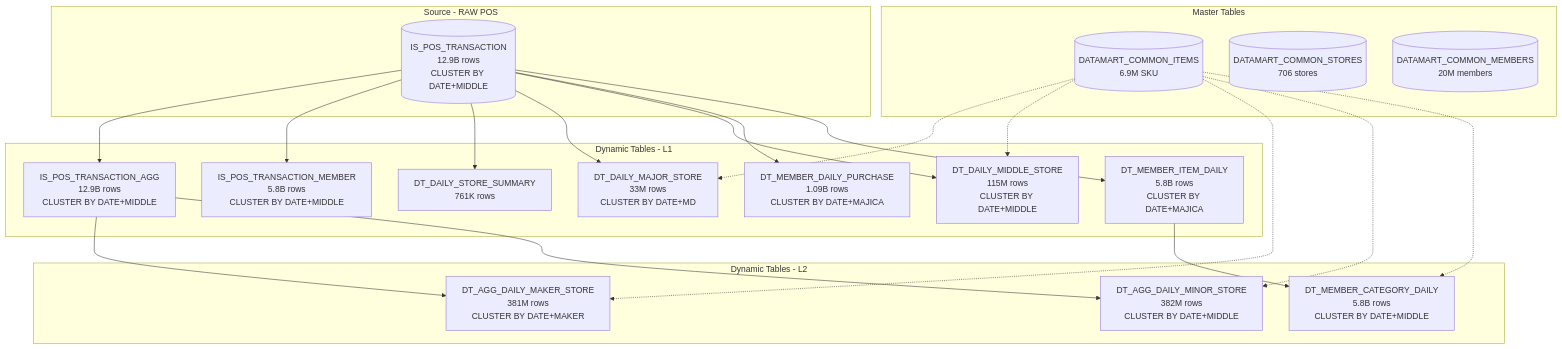
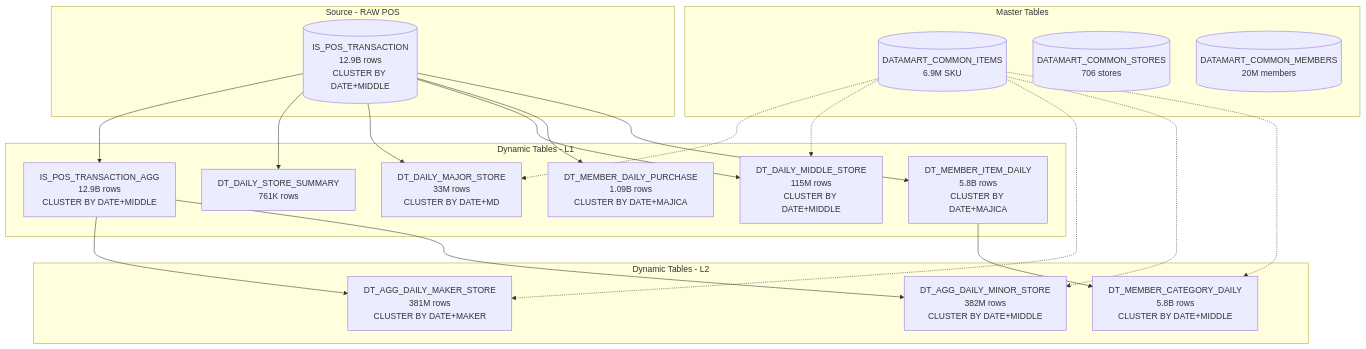
One commit to hwatari-snow/datacompass_pro changed the diagram in docs/data-summary.md. Above: the diagram before and after it, drawn with Mermaid. The commit also changed other lines of this file, not shown here.

First line of the commit message:
docs: update data-summary with 和洋日配 period verification, remove MEMBER table

````diff
--- a/docs/data-summary.md
+++ b/docs/data-summary.md
@@ -18,44 +18,42 @@
 ```mermaid
 flowchart TD
     subgraph master [Master Tables]
         ITEMS[(DATAMART_COMMON_ITEMS\n6.9M SKU)]
         STORES[(DATAMART_COMMON_STORES\n706 stores)]
         MEMBERS[(DATAMART_COMMON_MEMBERS\n20M members)]
     end
 
     subgraph raw [Source - RAW POS]
         FACT[(IS_POS_TRANSACTION\n12.9B rows\nCLUSTER BY DATE+MIDDLE)]
     end
 
     subgraph dtL1 [Dynamic Tables - L1]
         AGG[IS_POS_TRANSACTION_AGG\n12.9B rows\nCLUSTER BY DATE+MIDDLE]
-        MEMBER_RAW[IS_POS_TRANSACTION_MEMBER\n5.8B rows\nCLUSTER BY DATE+MIDDLE]
         DT_STORE[DT_DAILY_STORE_SUMMARY\n761K rows]
         DT_MAJOR[DT_DAILY_MAJOR_STORE\n33M rows\nCLUSTER BY DATE+MD]
         DT_MIDDLE[DT_DAILY_MIDDLE_STORE\n115M rows\nCLUSTER BY DATE+MIDDLE]
         DT_MDP[DT_MEMBER_DAILY_PURCHASE\n1.09B rows\nCLUSTER BY DATE+MAJICA]
         DT_MID[DT_MEMBER_ITEM_DAILY\n5.8B rows\nCLUSTER BY DATE+MAJICA]
     end
 
     subgraph dtL2 [Dynamic Tables - L2]
         DT_MAKER[DT_AGG_DAILY_MAKER_STORE\n381M rows\nCLUSTER BY DATE+MAKER]
         DT_MINOR[DT_AGG_DAILY_MINOR_STORE\n382M rows\nCLUSTER BY DATE+MIDDLE]
         DT_MCAT[DT_MEMBER_CATEGORY_DAILY\n5.8B rows\nCLUSTER BY DATE+MIDDLE]
     end
 
     FACT --> AGG
-    FACT --> MEMBER_RAW
     FACT --> DT_STORE
     FACT --> DT_MAJOR
     FACT --> DT_MIDDLE
     FACT --> DT_MDP
     FACT --> DT_MID
     AGG --> DT_MAKER
     AGG --> DT_MINOR
     DT_MID --> DT_MCAT
     ITEMS -.-> DT_MAJOR
     ITEMS -.-> DT_MIDDLE
     ITEMS -.-> DT_MAKER
     ITEMS -.-> DT_MINOR
     ITEMS -.-> DT_MCAT
 ```
````
